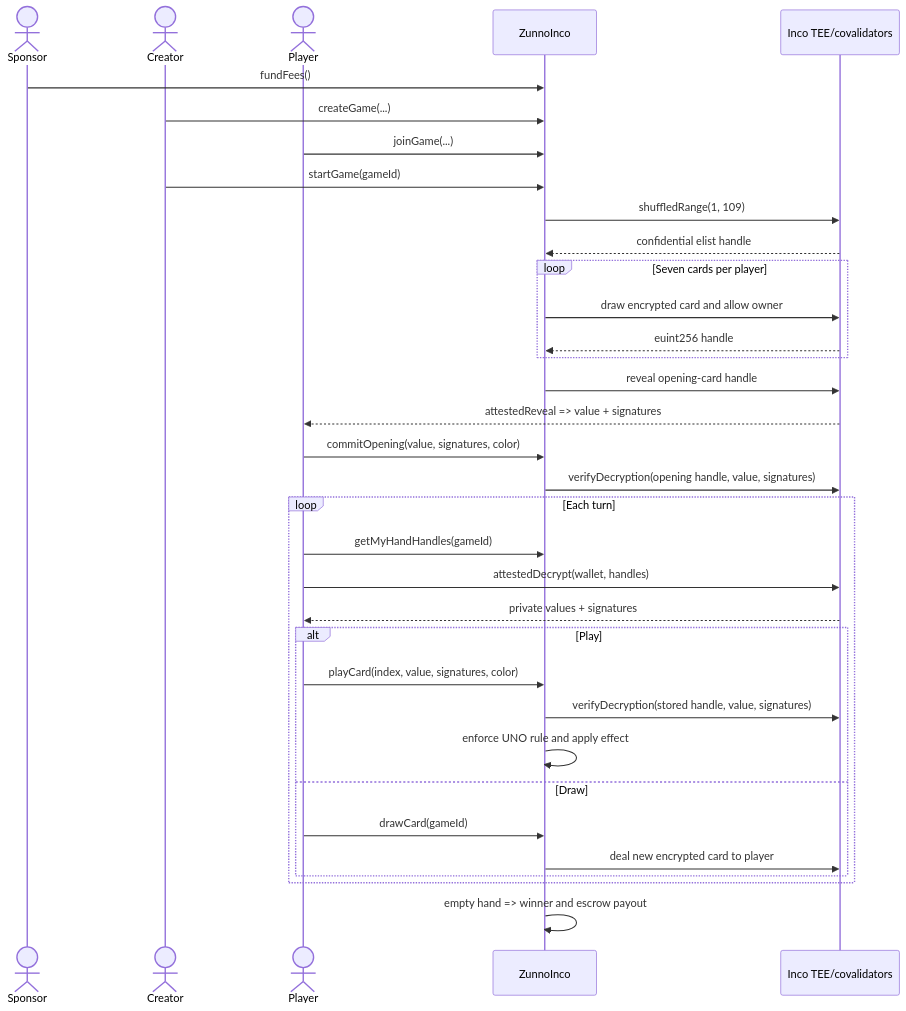
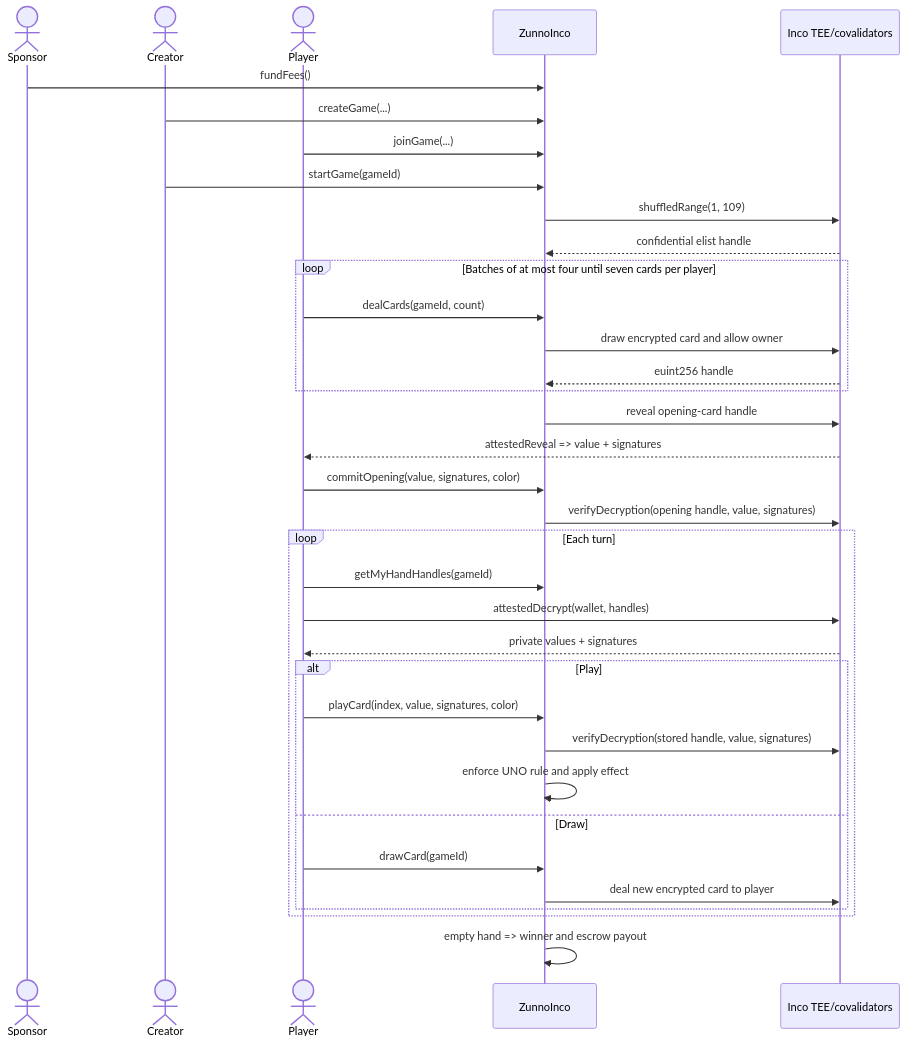
The second of 2 diagrams in docs/INCO_INTEGRATION.md (ayush4345/zunno-inco), drawn with Mermaid before and after one commit. The commit also changed other lines of this file and 1 other file, not shown here.

Commit message:
docs: describe live confidential game flow

````diff
--- a/docs/INCO_INTEGRATION.md
+++ b/docs/INCO_INTEGRATION.md
@@ -64,39 +58,40 @@
 ```mermaid
 sequenceDiagram
     actor Sponsor
     actor Creator
     actor Player
     participant Game as ZunnoInco
     participant Inco as Inco TEE/covalidators
 
     Sponsor->>Game: fundFees()
     Creator->>Game: createGame(...)
     Player->>Game: joinGame(...)
     Creator->>Game: startGame(gameId)
     Game->>Inco: shuffledRange(1, 109)
     Inco-->>Game: confidential elist handle
-    loop Seven cards per player
+    loop Batches of at most four until seven cards per player
+        Player->>Game: dealCards(gameId, count)
         Game->>Inco: draw encrypted card and allow owner
         Inco-->>Game: euint256 handle
     end
     Game->>Inco: reveal opening-card handle
     Inco-->>Player: attestedReveal => value + signatures
     Player->>Game: commitOpening(value, signatures, color)
     Game->>Inco: verifyDecryption(opening handle, value, signatures)
 
     loop Each turn
         Player->>Game: getMyHandHandles(gameId)
         Player->>Inco: attestedDecrypt(wallet, handles)
         Inco-->>Player: private values + signatures
         alt Play
             Player->>Game: playCard(index, value, signatures, color)
             Game->>Inco: verifyDecryption(stored handle, value, signatures)
             Game->>Game: enforce UNO rule and apply effect
         else Draw
             Player->>Game: drawCard(gameId)
             Game->>Inco: deal new encrypted card to player
         end
     end
 
     Game->>Game: empty hand => winner and escrow payout
 ```
````
